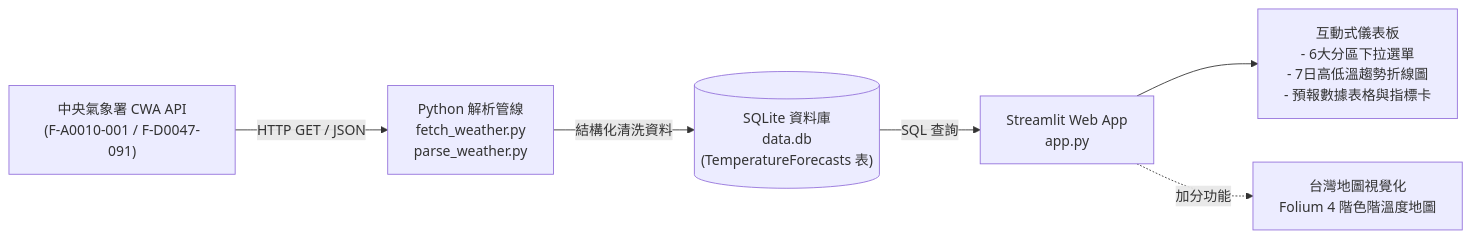
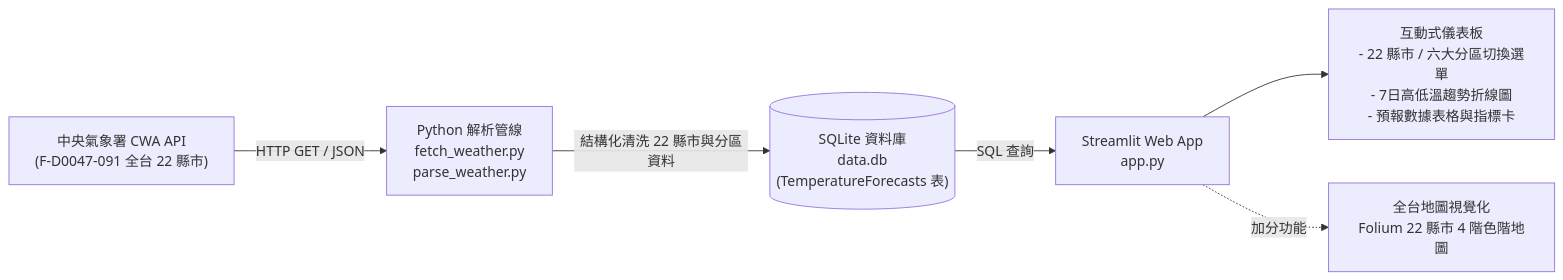
One commit to kashak068/weather changed the diagram in README.md. Above: the diagram before and after it, drawn with Mermaid. The commit also changed other lines of this file and 4 other files, not shown here.

````diff
--- a/README.md
+++ b/README.md
@@ -11,8 +11,8 @@
 ```mermaid
 flowchart LR
-    A["中央氣象署 CWA API\n(F-A0010-001 / F-D0047-091)"] -->|"HTTP GET / JSON"| B["Python 解析管線\nfetch_weather.py\nparse_weather.py"]
-    B -->|"結構化清洗資料"| C[("SQLite 資料庫\ndata.db\n(TemperatureForecasts 表)")]
+    A["中央氣象署 CWA API\n(F-D0047-091 全台 22 縣市)"] -->|"HTTP GET / JSON"| B["Python 解析管線\nfetch_weather.py\nparse_weather.py"]
+    B -->|"結構化清洗 22 縣市與分區資料"| C[("SQLite 資料庫\ndata.db\n(TemperatureForecasts 表)")]
     C -->|"SQL 查詢"| D["Streamlit Web App\napp.py"]
-    D --> E["互動式儀表板\n- 6大分區下拉選單\n- 7日高低溫趨勢折線圖\n- 預報數據表格與指標卡"]
-    D -.->|"加分功能"| F["台灣地圖視覺化\nFolium 4 階色階溫度地圖"]
+    D --> E["互動式儀表板\n- 22 縣市 / 六大分區切換選單\n- 7日高低溫趨勢折線圖\n- 預報數據表格與指標卡"]
+    D -.->|"加分功能"| F["全台地圖視覺化\nFolium 22 縣市 4 階色階地圖"]
 ```
````
